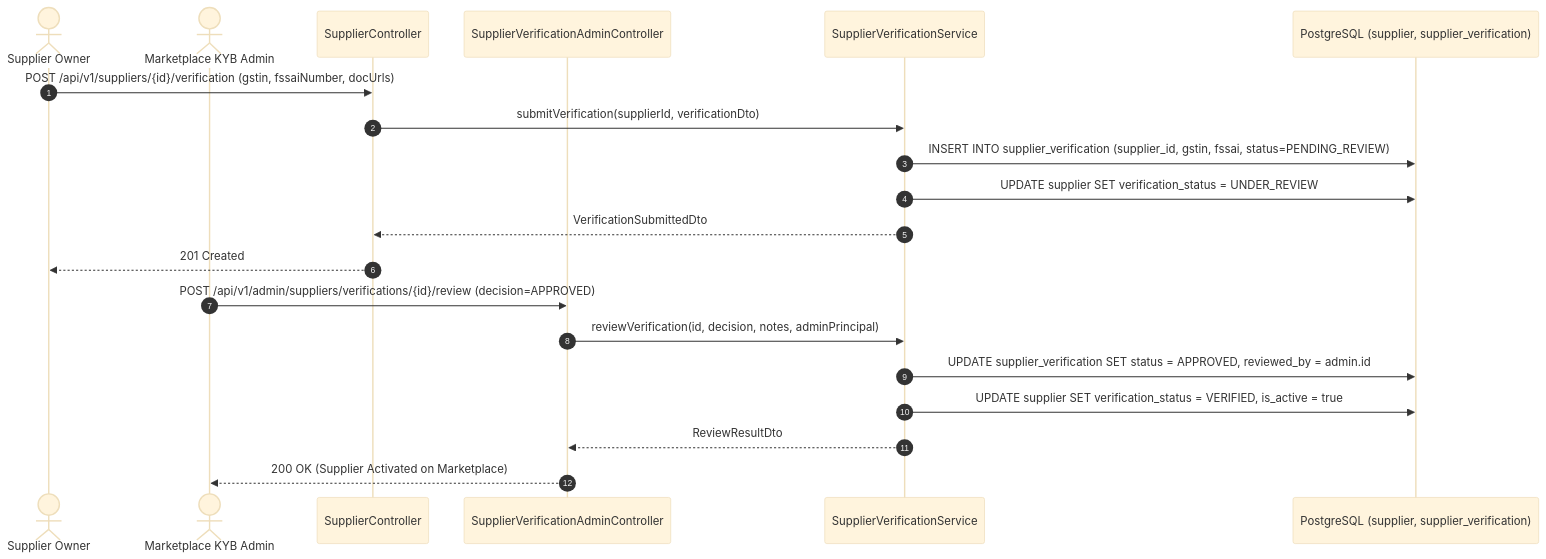
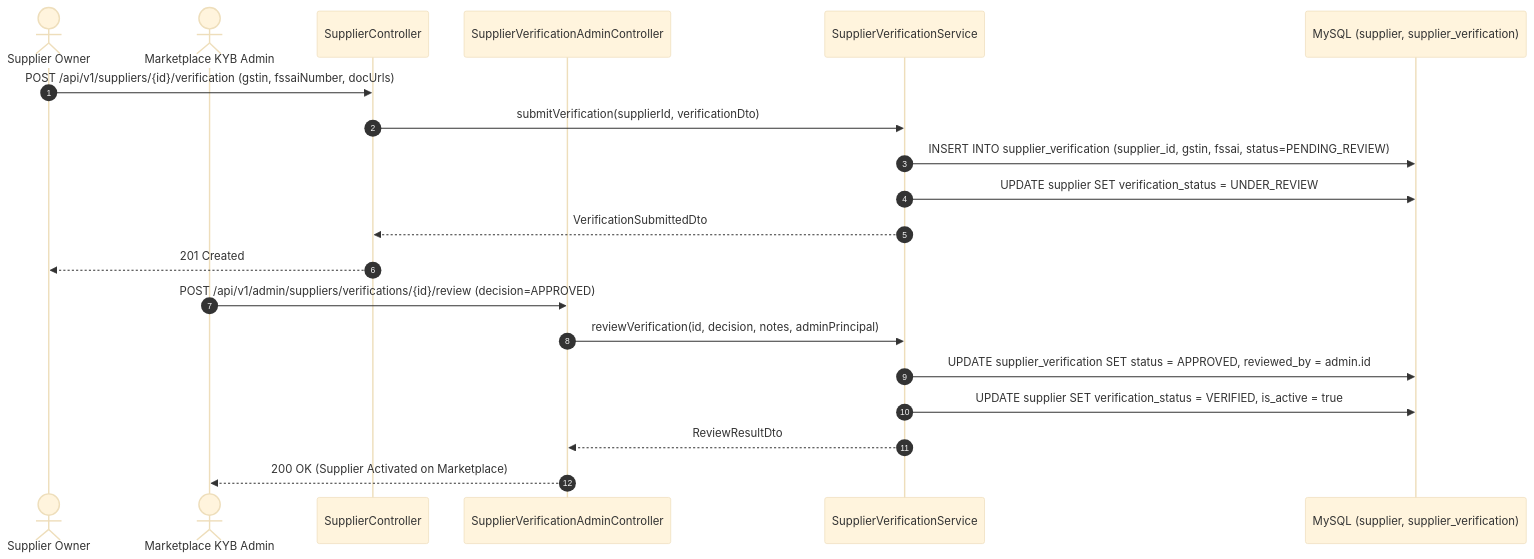
One commit to narasimha-reddy/costonomy-mp-api changed the third of 3 diagrams in docs/architecture/sequence-diagrams/06-identity-and-orgs.md. Above: the diagram before and after it, drawn with Mermaid (base theme). The commit also changed other lines of this file and 19 other files, not shown here.

First line of the commit message:
docs(delivery): current state, diagrams, decisions D-204 to D-207, changelog and traceability

````diff
--- a/docs/architecture/sequence-diagrams/06-identity-and-orgs.md
+++ b/docs/architecture/sequence-diagrams/06-identity-and-orgs.md
@@ -79,24 +79,24 @@
 ```mermaid
 sequenceDiagram
     autonumber
     actor Supplier as Supplier Owner
     actor Admin as Marketplace KYB Admin
     participant SC as SupplierController
     participant SVAC as SupplierVerificationAdminController
     participant SVS as SupplierVerificationService
-    participant DB as PostgreSQL (supplier, supplier_verification)
+    participant DB as MySQL (supplier, supplier_verification)
 
     Supplier->>SC: POST /api/v1/suppliers/{id}/verification (gstin, fssaiNumber, docUrls)
     SC->>SVS: submitVerification(supplierId, verificationDto)
     SVS->>DB: INSERT INTO supplier_verification (supplier_id, gstin, fssai, status=PENDING_REVIEW)
     SVS->>DB: UPDATE supplier SET verification_status = UNDER_REVIEW
     SVS-->>SC: VerificationSubmittedDto
     SC-->>Supplier: 201 Created
 
     Admin->>SVAC: POST /api/v1/admin/suppliers/verifications/{id}/review (decision=APPROVED)
     SVAC->>SVS: reviewVerification(id, decision, notes, adminPrincipal)
     SVS->>DB: UPDATE supplier_verification SET status = APPROVED, reviewed_by = admin.id
     SVS->>DB: UPDATE supplier SET verification_status = VERIFIED, is_active = true
     SVS-->>SVAC: ReviewResultDto
     SVAC-->>Admin: 200 OK (Supplier Activated on Marketplace)
 ```
````
